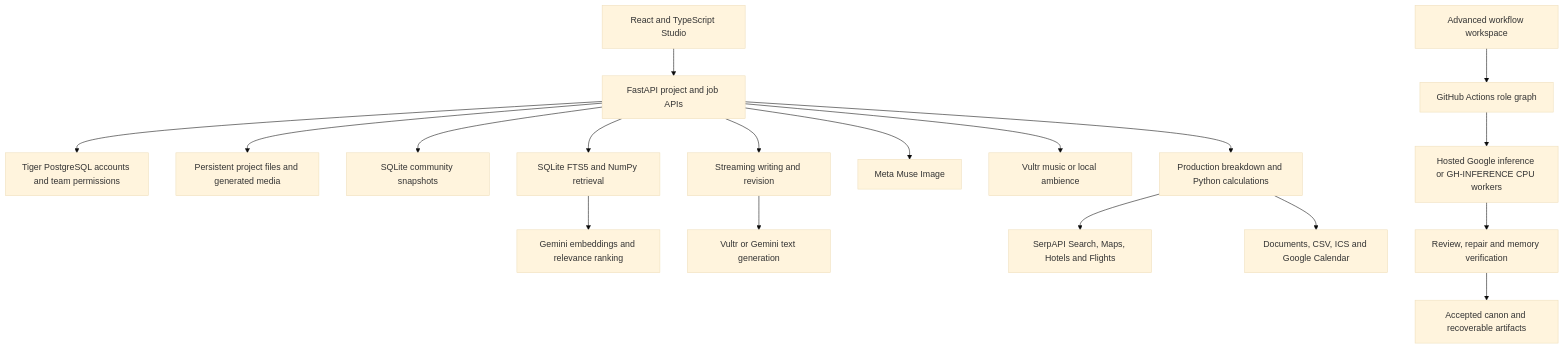
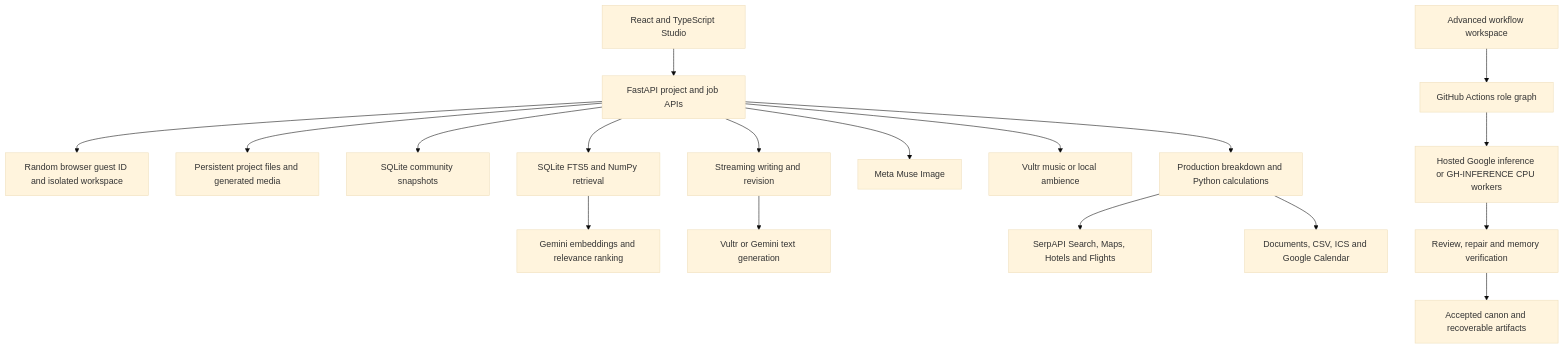
One commit to TanishC4444/ParaMyth changed the diagram in README.md. Above: the diagram before and after it, drawn with Mermaid (base theme). The commit also changed other lines of this file and 26 other files, not shown here.

````diff
--- a/README.md
+++ b/README.md
@@ -130,20 +126,20 @@
 ```mermaid
 flowchart TD
     UI[React and TypeScript Studio] --> API[FastAPI project and job APIs]
-    API --> Identity[Tiger PostgreSQL accounts and team permissions]
+    API --> Guest[Random browser guest ID and isolated workspace]
     API --> Files[Persistent project files and generated media]
     API --> Community[SQLite community snapshots]
     API --> Writing[Streaming writing and revision]
     API --> Retrieval[SQLite FTS5 and NumPy retrieval]
     Retrieval --> Gemini[Gemini embeddings and relevance ranking]
     Writing --> Text[Vultr or Gemini text generation]
     API --> Visuals[Meta Muse Image]
     API --> Music[Vultr music or local ambience]
     API --> Planning[Production breakdown and Python calculations]
     Planning --> Search[SerpAPI Search, Maps, Hotels and Flights]
     Planning --> Exports[Documents, CSV, ICS and Google Calendar]
     Advanced[Advanced workflow workspace] --> Actions[GitHub Actions role graph]
     Actions --> Inference[Hosted Google inference or GH-INFERENCE CPU workers]
     Inference --> Gates[Review, repair and memory verification]
     Gates --> Canon[Accepted canon and recoverable artifacts]
 ```
````
